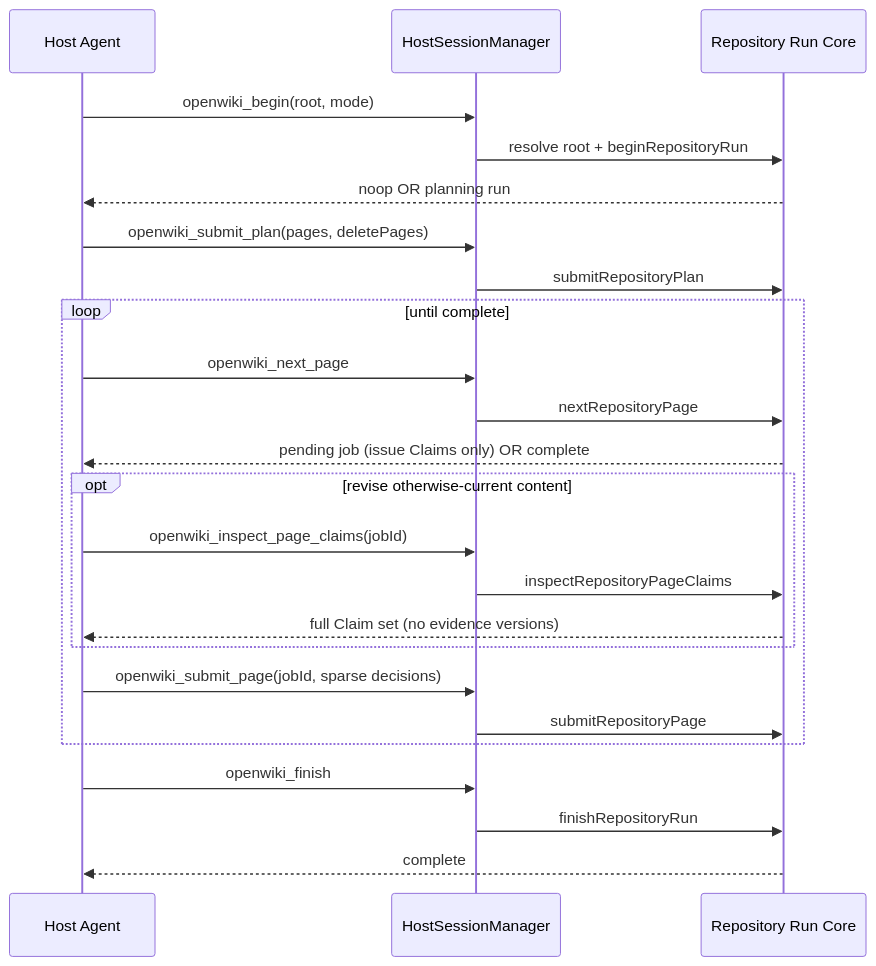
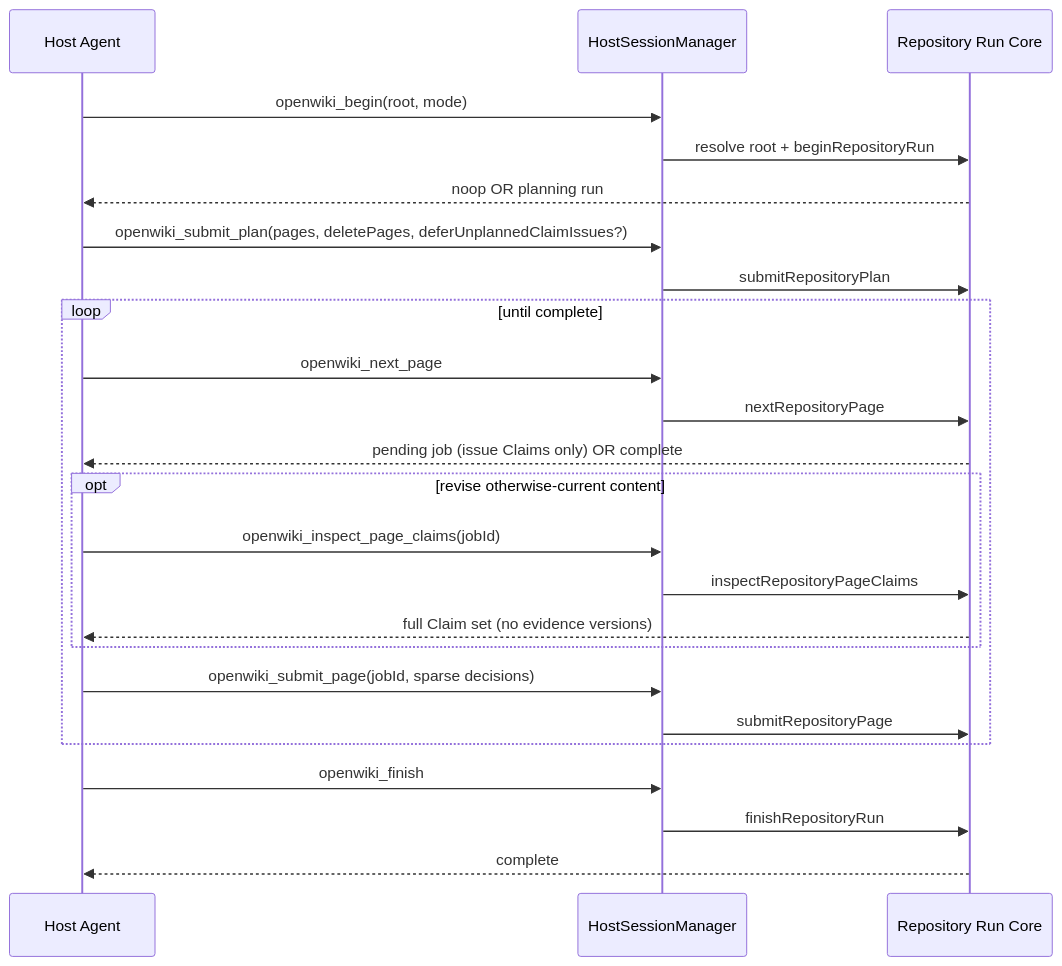
One commit to langchain-ai/openwiki changed the first of 3 diagrams in openwiki/integrations/coding-agents.md. Above: the diagram before and after it, drawn with Mermaid. The commit also changed other lines of this file and 22 other files, not shown here.

````diff
--- a/openwiki/integrations/coding-agents.md
+++ b/openwiki/integrations/coding-agents.md
@@ -192,26 +204,26 @@
 ```mermaid
 sequenceDiagram
     participant Host as Host Agent
     participant SM as HostSessionManager
     participant Core as Repository Run Core
     Host->>SM: openwiki_begin(root, mode)
     SM->>Core: resolve root + beginRepositoryRun
     Core-->>Host: noop OR planning run
-    Host->>SM: openwiki_submit_plan(pages, deletePages)
+    Host->>SM: openwiki_submit_plan(pages, deletePages, deferUnplannedClaimIssues?)
     SM->>Core: submitRepositoryPlan
     loop until complete
         Host->>SM: openwiki_next_page
         SM->>Core: nextRepositoryPage
         Core-->>Host: pending job (issue Claims only) OR complete
         opt revise otherwise-current content
             Host->>SM: openwiki_inspect_page_claims(jobId)
             SM->>Core: inspectRepositoryPageClaims
             Core-->>Host: full Claim set (no evidence versions)
         end
         Host->>SM: openwiki_submit_page(jobId, sparse decisions)
         SM->>Core: submitRepositoryPage
     end
     Host->>SM: openwiki_finish
     SM->>Core: finishRepositoryRun
     Core-->>Host: complete
 ```
````
